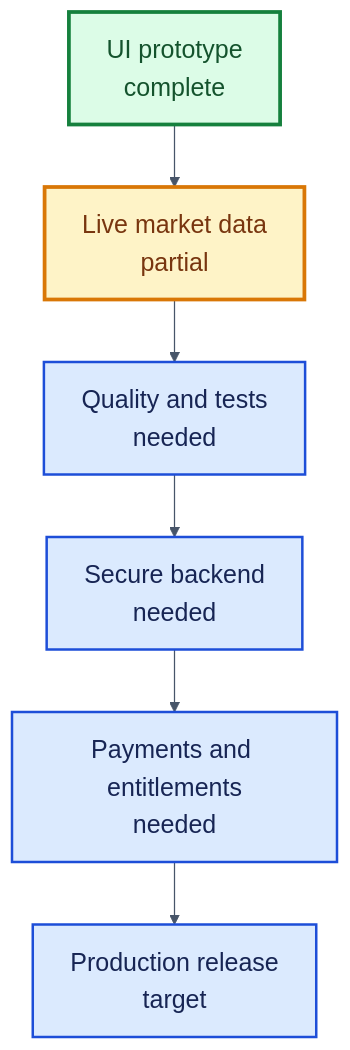
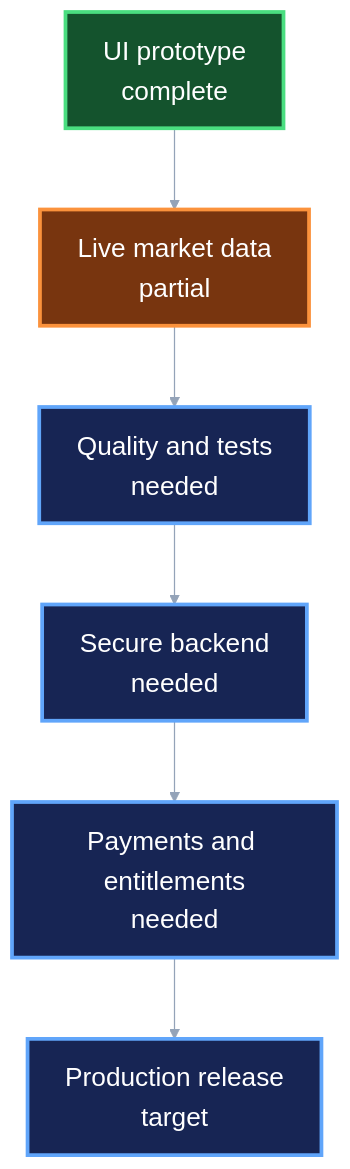
The seventh of 8 diagrams in README.md (Rihabz1/Swarnakar), drawn with Mermaid before and after one commit. The commit also changed other lines of this file and 32 other files, not shown here.

```diff
--- a/README.md
+++ b/README.md
@@ -597,16 +615,16 @@
 ~~~mermaid
-%%{init: {"theme":"base","themeVariables":{"darkMode":false,"background":"#FFFFFF","fontSize":"20px","fontFamily":"Arial","textColor":"#111827","primaryTextColor":"#111827","secondaryTextColor":"#111827","tertiaryTextColor":"#111827","lineColor":"#475569","edgeLabelBackground":"#FFFFFF","clusterTextColor":"#111827","titleColor":"#111827"}}}%%
+%%{init: {"theme":"base","flowchart":{"curve":"basis","nodeSpacing":55,"rankSpacing":65},"themeVariables":{"background":"#0D1117","fontSize":"21px","fontFamily":"Arial","textColor":"#F8FAFC","primaryTextColor":"#F8FAFC","secondaryTextColor":"#F8FAFC","tertiaryTextColor":"#F8FAFC","lineColor":"#94A3B8","edgeLabelBackground":"#111827","clusterTextColor":"#F8FAFC"}}}%%
 flowchart TB
     A["UI prototype<br/>complete"] --> B["Live market data<br/>partial"]
     B --> C["Quality and tests<br/>needed"]
     C --> D["Secure backend<br/>needed"]
     D --> E["Payments and entitlements<br/>needed"]
     E --> F["Production release<br/>target"]
 
-    classDef done fill:#DCFCE7,stroke:#15803D,color:#14532D,stroke-width:3px;
-    classDef partial fill:#FEF3C7,stroke:#D97706,color:#78350F,stroke-width:3px;
-    classDef todo fill:#DBEAFE,stroke:#1D4ED8,color:#172554,stroke-width:2px;
+    classDef done fill:#14532D,stroke:#4ADE80,color:#FFFFFF,stroke-width:3px;
+    classDef partial fill:#78350F,stroke:#FB923C,color:#FFFFFF,stroke-width:3px;
+    classDef todo fill:#172554,stroke:#60A5FA,color:#FFFFFF,stroke-width:3px;
     class A done;
     class B partial;
     class C,D,E,F todo;
 ~~~
```
